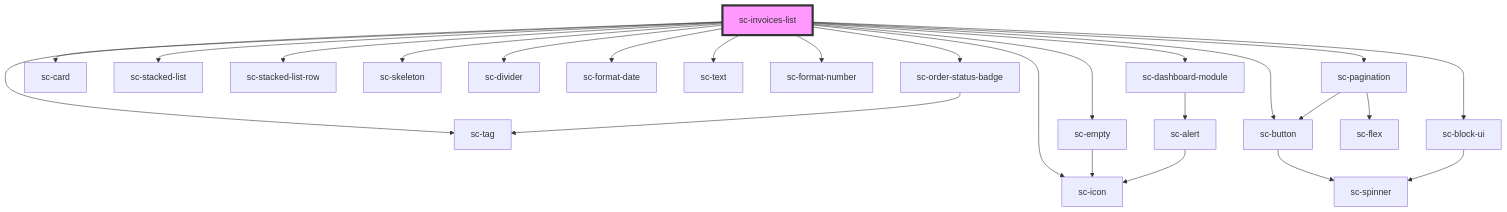
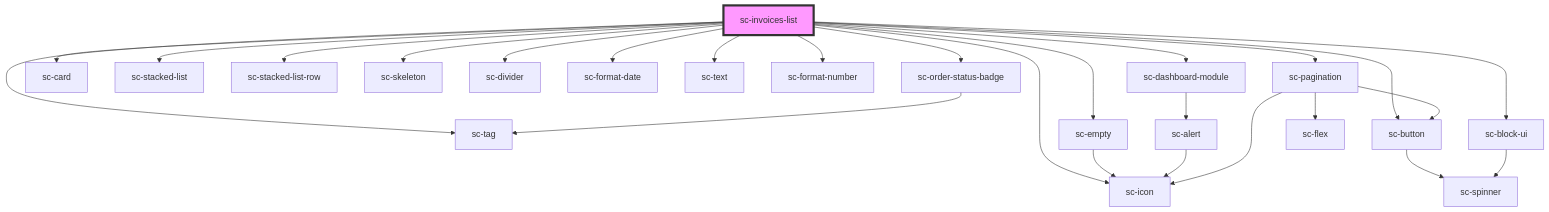
Before and after one commit to surecart/surecart-wp-plugin: the diagram in packages/components/src/components/controllers/dashboard/invoices-list/readme.md, drawn with Mermaid. The commit also changed 45 other files, not shown here.

````diff
--- a/packages/components/src/components/controllers/dashboard/invoices-list/readme.md
+++ b/packages/components/src/components/controllers/dashboard/invoices-list/readme.md
@@ -39,28 +39,29 @@
 ```mermaid
 graph TD;
   sc-invoices-list --> sc-tag
   sc-invoices-list --> sc-order-status-badge
   sc-invoices-list --> sc-card
   sc-invoices-list --> sc-stacked-list
   sc-invoices-list --> sc-stacked-list-row
   sc-invoices-list --> sc-skeleton
   sc-invoices-list --> sc-divider
   sc-invoices-list --> sc-empty
   sc-invoices-list --> sc-format-date
   sc-invoices-list --> sc-text
   sc-invoices-list --> sc-format-number
   sc-invoices-list --> sc-dashboard-module
   sc-invoices-list --> sc-button
   sc-invoices-list --> sc-icon
   sc-invoices-list --> sc-pagination
   sc-invoices-list --> sc-block-ui
   sc-order-status-badge --> sc-tag
   sc-empty --> sc-icon
   sc-dashboard-module --> sc-alert
   sc-alert --> sc-icon
   sc-button --> sc-spinner
   sc-pagination --> sc-flex
   sc-pagination --> sc-button
+  sc-pagination --> sc-icon
   sc-block-ui --> sc-spinner
   style sc-invoices-list fill:#f9f,stroke:#333,stroke-width:4px
 ```
````
